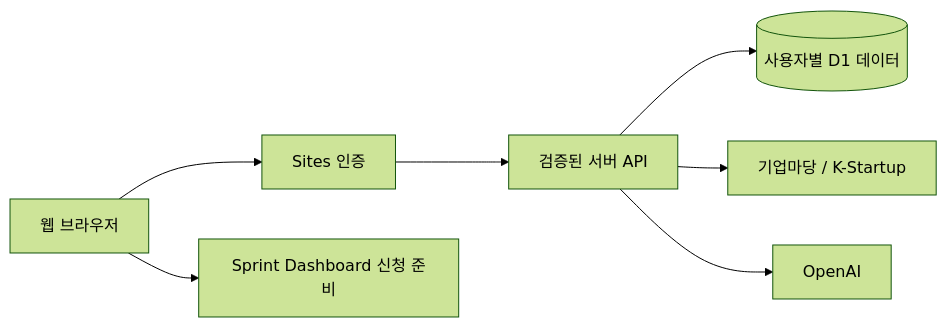
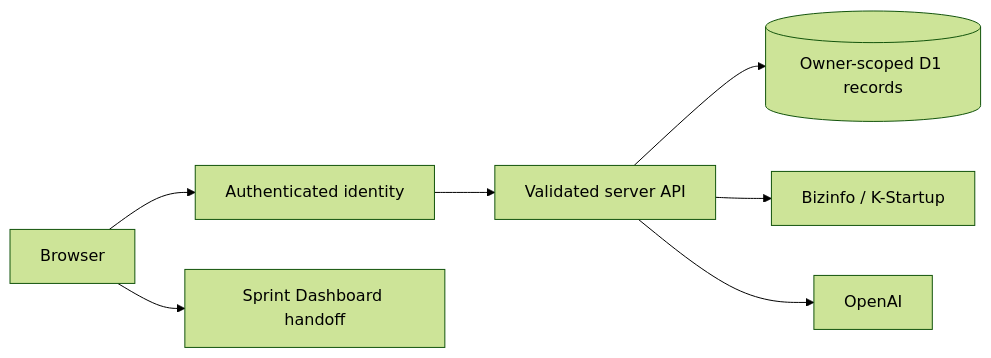
One commit to dpwld/grant-project changed the diagram in README.md. Above: the diagram before and after it, drawn with Mermaid (forest theme). The commit also changed other lines of this file and 51 other files, not shown here.

````diff
--- a/README.md
+++ b/README.md
@@ -83,9 +107,9 @@
 ```mermaid
 flowchart LR
-  Browser[웹 브라우저] --> Auth[Sites 인증]
-  Auth --> API[검증된 서버 API]
-  API --> D1[(사용자별 D1 데이터)]
-  API --> Public[기업마당 / K-Startup]
+  Browser[Browser] --> Auth[Authenticated identity]
+  Auth --> API[Validated server API]
+  API --> D1[(Owner-scoped D1 records)]
+  API --> Public[Bizinfo / K-Startup]
   API --> AI[OpenAI]
-  Browser --> Sprint[Sprint Dashboard 신청 준비]
+  Browser --> Sprint[Sprint Dashboard handoff]
 ```
````
